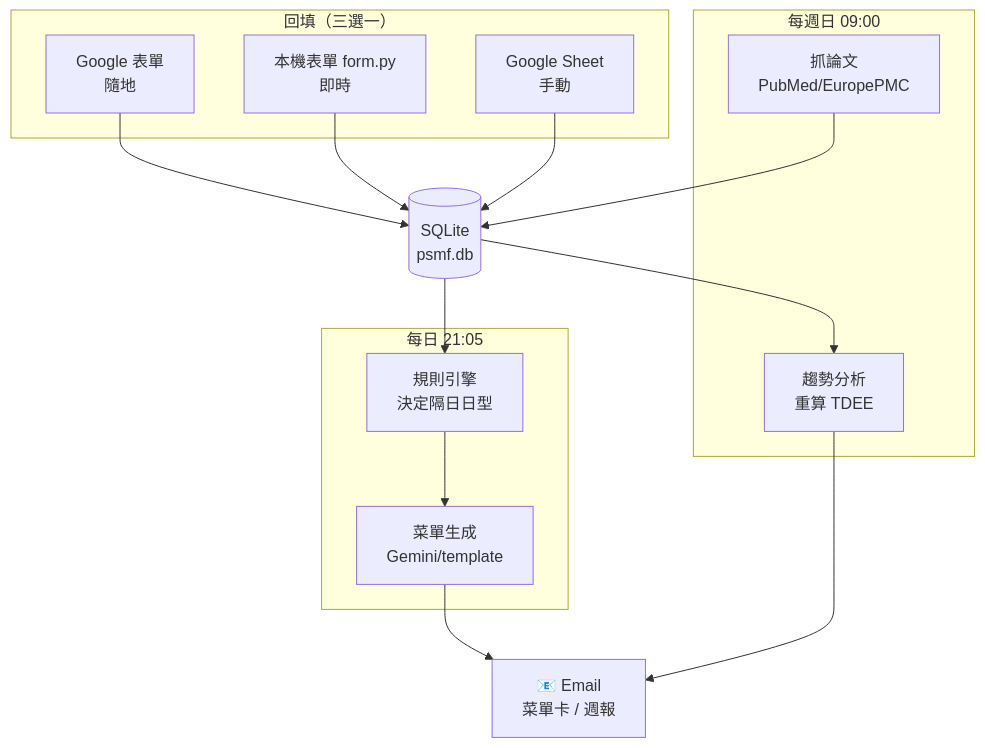
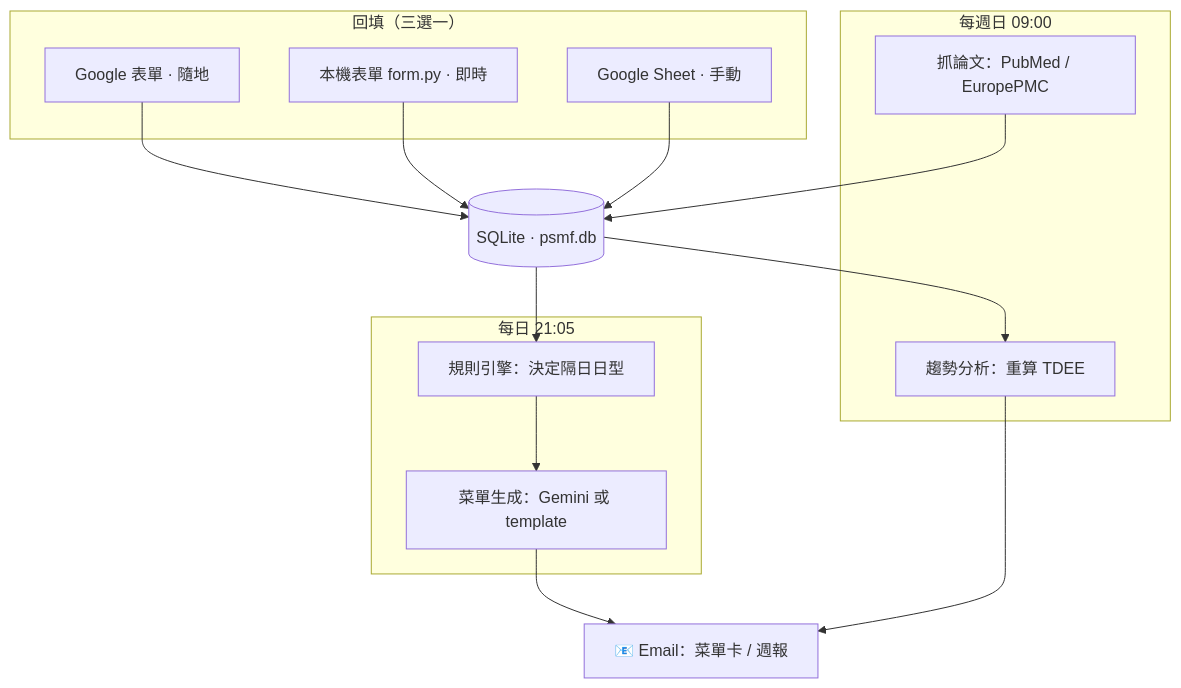
Before and after one commit to Lee-unhn/psmf-coach: the first of 4 diagrams in README.md, drawn with Mermaid. The commit also changed other lines of this file and 1 other file, not shown here.

Commit message:
docs: author 改 Leeunhn + README 架構圖標籤加引號(GitHub 渲染) + 加 DB schema 圖

````diff
--- a/README.md
+++ b/README.md
@@ -40,16 +40,25 @@
 ```mermaid
 flowchart TD
-  subgraph IN[回填（三選一）]
-    F1[Google 表單<br>隨地]; F2[本機表單 form.py<br>即時]; F3[Google Sheet<br>手動]
+  subgraph IN["回填（三選一）"]
+    F1["Google 表單 · 隨地"]
+    F2["本機表單 form.py · 即時"]
+    F3["Google Sheet · 手動"]
   end
-  DB[(SQLite<br>psmf.db)]
-  subgraph DAILY[每日 21:05]
-    R[規則引擎<br>決定隔日日型]; M[菜單生成<br>Gemini/template]
+  DB[("SQLite · psmf.db")]
+  subgraph DAILY["每日 21:05"]
+    R["規則引擎：決定隔日日型"]
+    M["菜單生成：Gemini 或 template"]
   end
-  subgraph WEEK[每週日 09:00]
-    P[抓論文<br>PubMed/EuropePMC]; A[趨勢分析<br>重算 TDEE]
+  subgraph WEEK["每週日 09:00"]
+    P["抓論文：PubMed / EuropePMC"]
+    A["趨勢分析：重算 TDEE"]
   end
-  MAIL[📧 Email<br>菜單卡 / 週報]
-  F1 & F2 & F3 --> DB --> R --> M --> MAIL
-  DB --> A; P --> DB; A --> MAIL
+  MAIL["📧 Email：菜單卡 / 週報"]
+  F1 --> DB
+  F2 --> DB
+  F3 --> DB
+  DB --> R --> M --> MAIL
+  DB --> A
+  P --> DB
+  A --> MAIL
 ```
````
